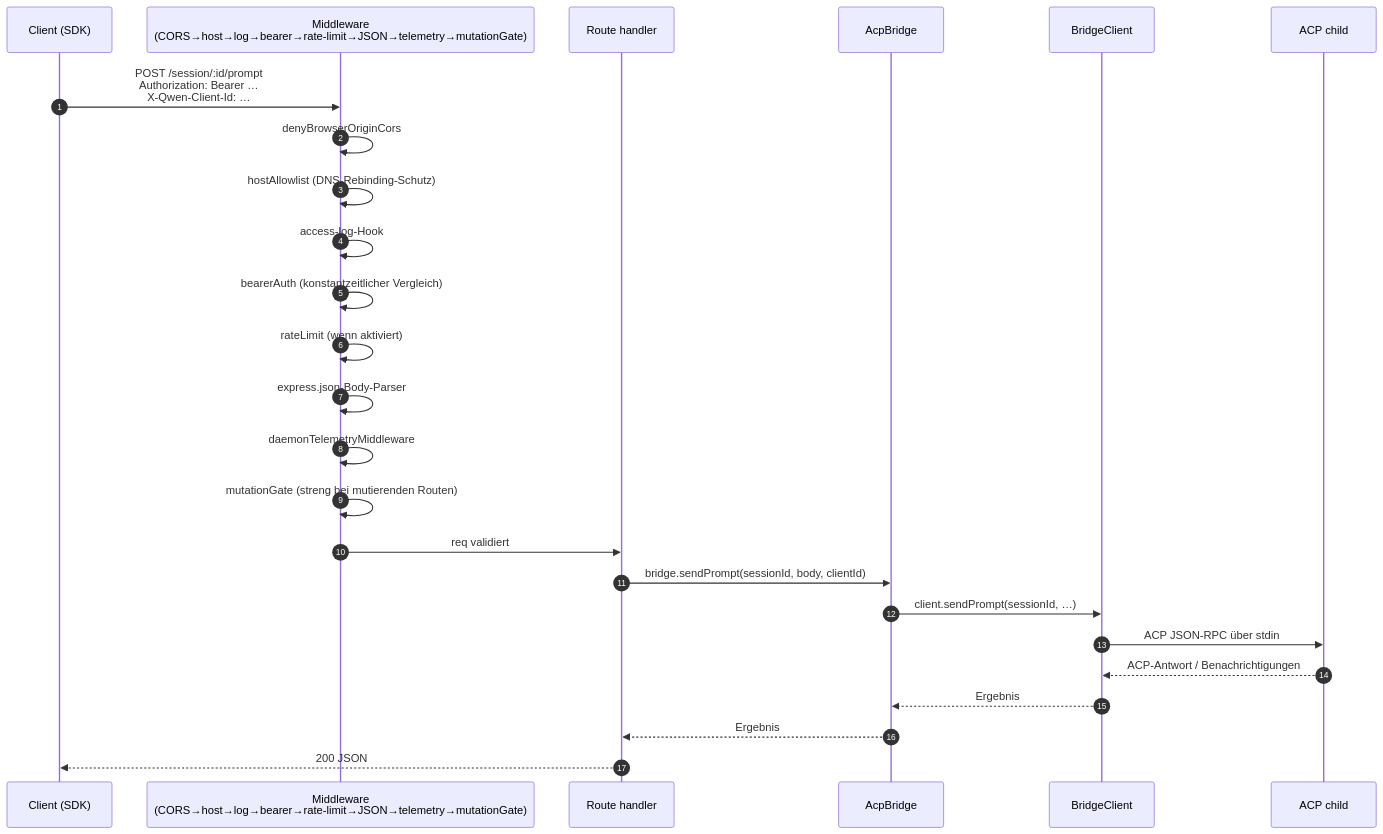
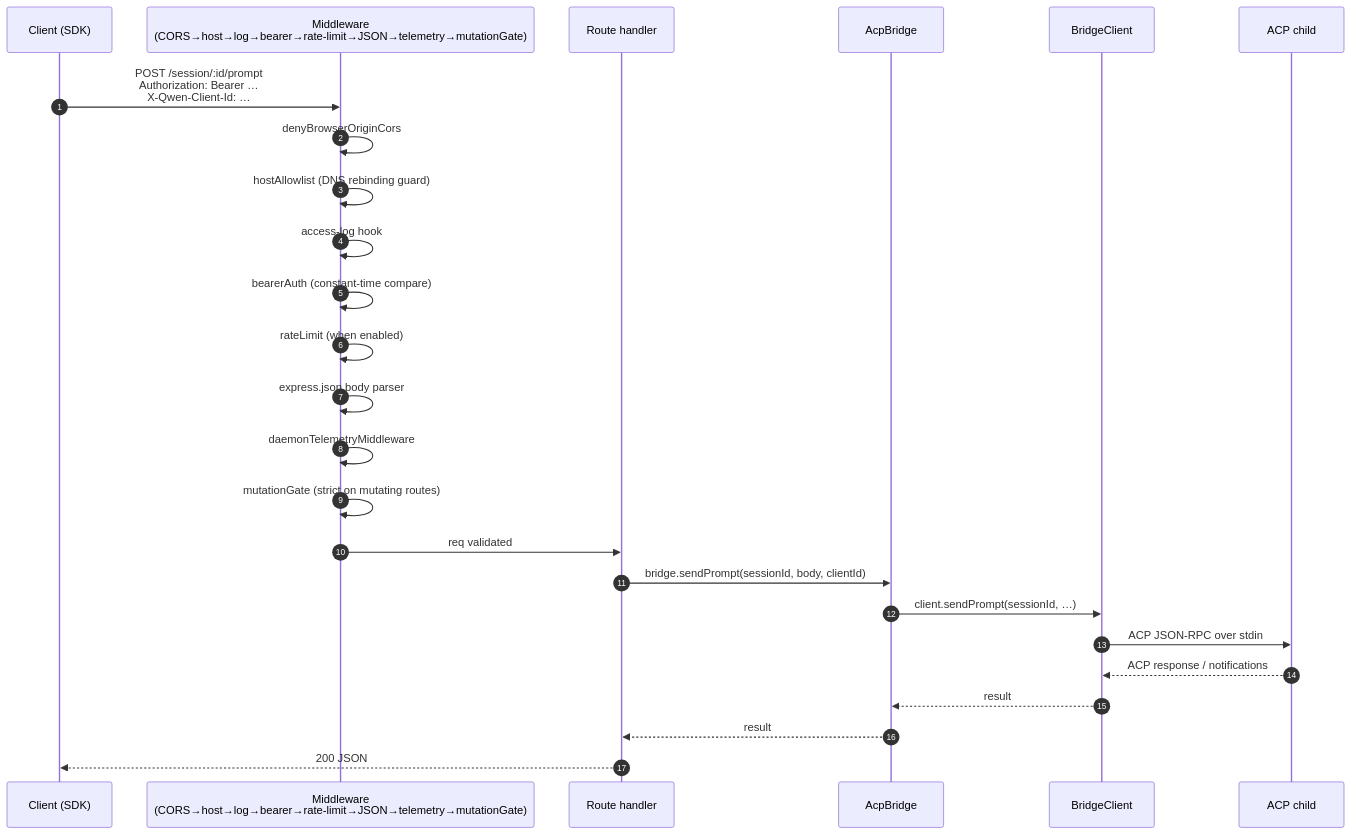
Before and after one commit to QwenLM/qwen-code-docs: the third of 7 diagrams in website/content/de/developers/daemon/01-architecture.md, drawn with Mermaid. The commit also changed other lines of this file and 1077 other files, not shown here.

````diff
--- a/website/content/de/developers/daemon/01-architecture.md
+++ b/website/content/de/developers/daemon/01-architecture.md
@@ -145,28 +146,28 @@
 ```mermaid
 sequenceDiagram
     autonumber
     participant C as Client (SDK)
     participant MW as Middleware<br/>(CORS→host→log→bearer→rate-limit→JSON→telemetry→mutationGate)
     participant R as Route handler
     participant BR as AcpBridge
     participant BC as BridgeClient
     participant CH as ACP child
 
     C->>MW: POST /session/:id/prompt<br/>Authorization: Bearer …<br/>X-Qwen-Client-Id: …
     MW->>MW: denyBrowserOriginCors
-    MW->>MW: hostAllowlist (DNS-Rebinding-Schutz)
-    MW->>MW: access-log-Hook
-    MW->>MW: bearerAuth (konstantzeitlicher Vergleich)
-    MW->>MW: rateLimit (wenn aktiviert)
-    MW->>MW: express.json-Body-Parser
+    MW->>MW: hostAllowlist (DNS rebinding guard)
+    MW->>MW: access-log hook
+    MW->>MW: bearerAuth (constant-time compare)
+    MW->>MW: rateLimit (when enabled)
+    MW->>MW: express.json body parser
     MW->>MW: daemonTelemetryMiddleware
-    MW->>MW: mutationGate (streng bei mutierenden Routen)
-    MW->>R: req validiert
+    MW->>MW: mutationGate (strict on mutating routes)
+    MW->>R: req validated
     R->>BR: bridge.sendPrompt(sessionId, body, clientId)
     BR->>BC: client.sendPrompt(sessionId, …)
-    BC->>CH: ACP JSON-RPC über stdin
-    CH-->>BC: ACP-Antwort / Benachrichtigungen
-    BC-->>BR: Ergebnis
-    BR-->>R: Ergebnis
+    BC->>CH: ACP JSON-RPC over stdin
+    CH-->>BC: ACP response / notifications
+    BC-->>BR: result
+    BR-->>R: result
     R-->>C: 200 JSON
 ```
````
